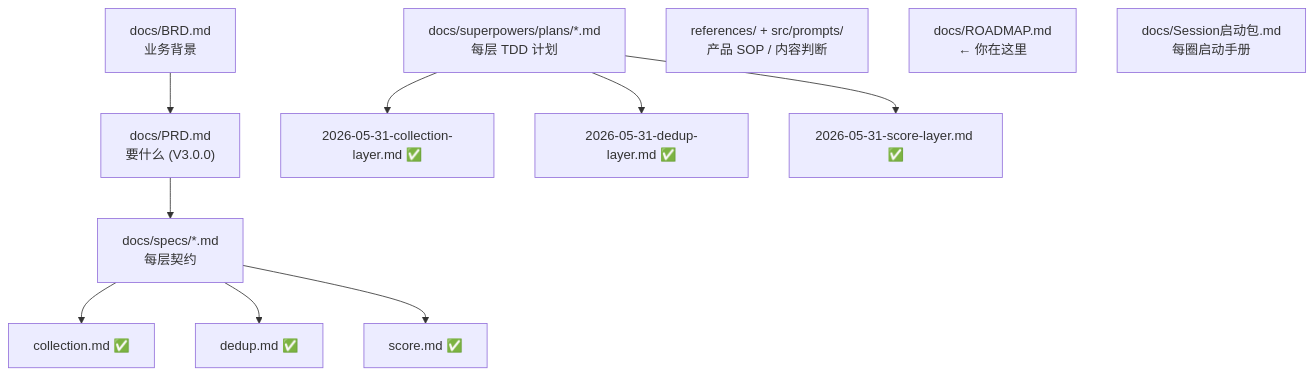
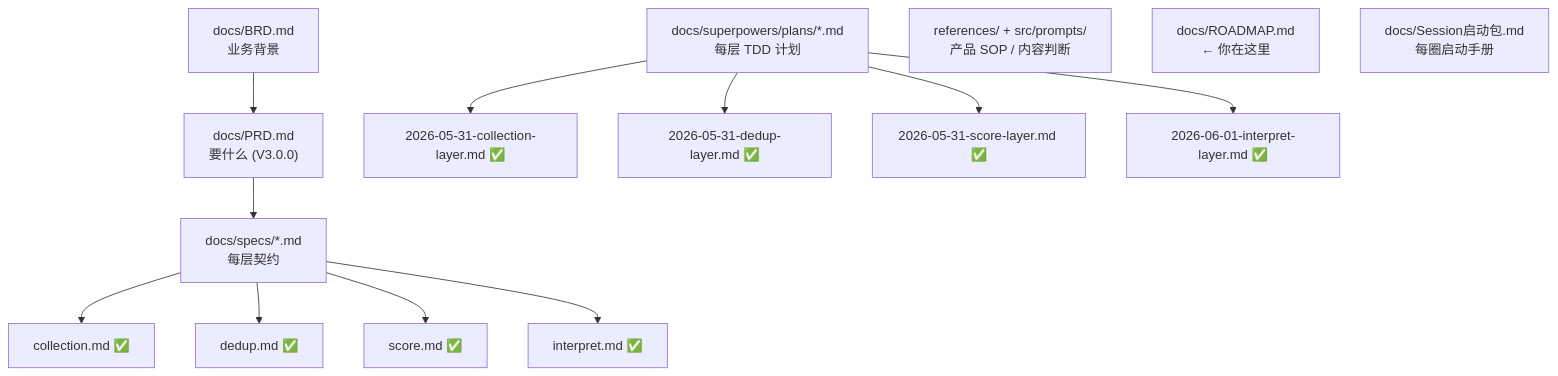
Before and after one commit to ai-newsday/core: the third of 3 diagrams in docs/ROADMAP.md, drawn with Mermaid. The commit also changed other lines of this file, not shown here.

Commit message:
docs: ROADMAP — mark interpret layer (Circle 4) done

````diff
--- a/docs/ROADMAP.md
+++ b/docs/ROADMAP.md
@@ -73,16 +73,18 @@
 ```mermaid
 flowchart TD
     PRD["docs/PRD.md<br/>要什么 (V3.0.0)"] --> SPECS
     BRD["docs/BRD.md<br/>业务背景"] --> PRD
     SPECS["docs/specs/*.md<br/>每层契约"]
     SPECS --> S1["collection.md ✅"]
     SPECS --> S2["dedup.md ✅"]
     SPECS --> S3["score.md ✅"]
+    SPECS --> S4["interpret.md ✅"]
     PLANS["docs/superpowers/plans/*.md<br/>每层 TDD 计划"]
     PLANS --> P1["2026-05-31-collection-layer.md ✅"]
     PLANS --> P2["2026-05-31-dedup-layer.md ✅"]
     PLANS --> P3["2026-05-31-score-layer.md ✅"]
+    PLANS --> P4["2026-06-01-interpret-layer.md ✅"]
     REF["references/ + src/prompts/<br/>产品 SOP / 内容判断"]
     RM["docs/ROADMAP.md<br/>← 你在这里"]
     SB["docs/Session启动包.md<br/>每圈启动手册"]
 ```
````
